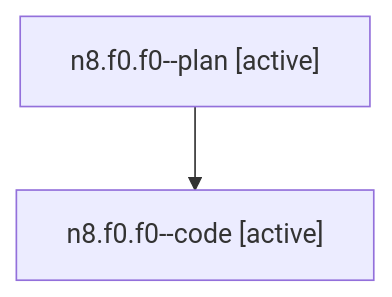
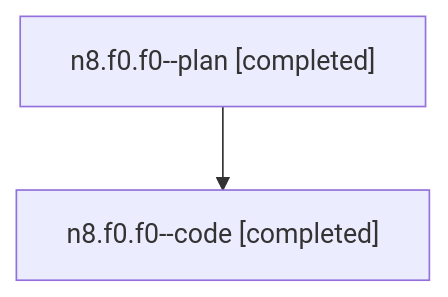
Before and after one commit to sase-org/sase--agents: the diagram in families/bbugyi200.athena.n8.f0.f0.md, drawn with Mermaid. The commit also changed other lines of this file and 1002 other files, not shown here.

````diff
--- a/families/bbugyi200.athena.n8.f0.f0.md
+++ b/families/bbugyi200.athena.n8.f0.f0.md
@@ -9,6 +9,6 @@
 ```mermaid
 flowchart TD
-  n0["n8.f0.f0--plan [active]"]
-  n1["n8.f0.f0--code [active]"]
+  n0["n8.f0.f0--plan [completed]"]
+  n1["n8.f0.f0--code [completed]"]
   n0 --> n1
 ```
````
